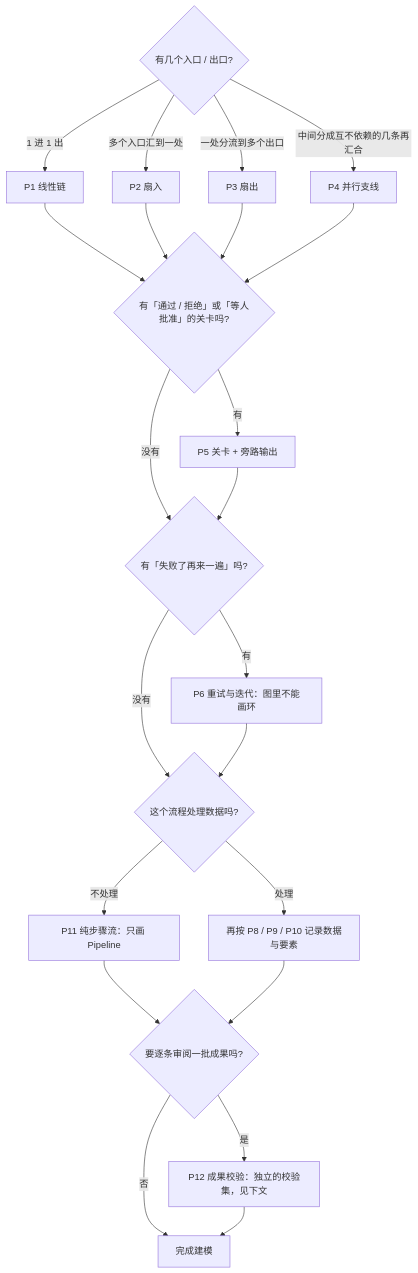
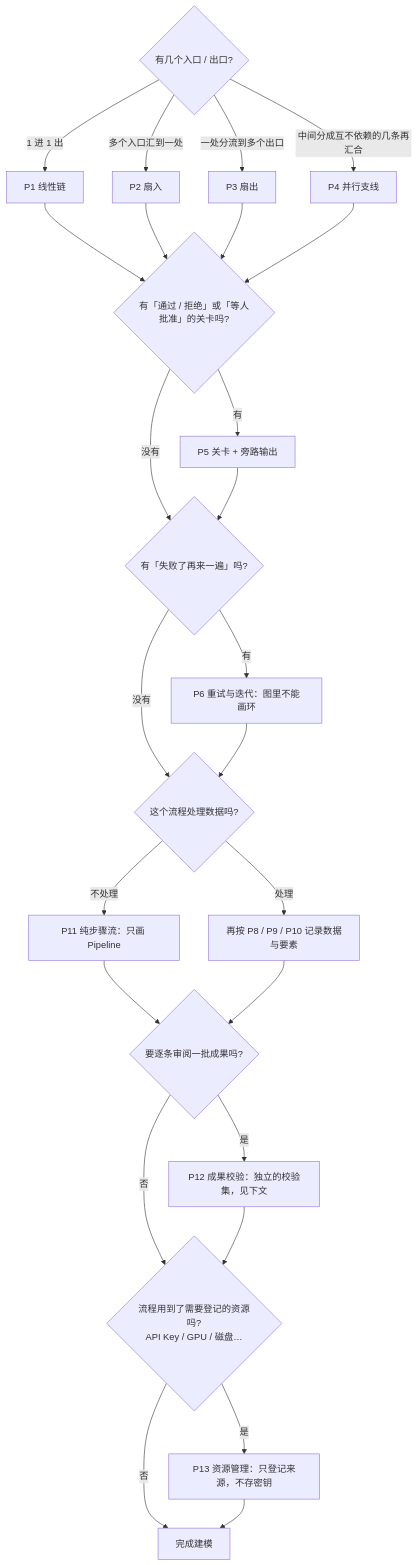
One commit to StevenHuang233/AI-record changed the first of 19 diagrams in skills/status-board/references/patterns.md. Above: the diagram before and after it, drawn with Mermaid. The commit also changed other lines of this file and 16 other files, not shown here.

Commit message:
feat: 资源管理模块（API Key / GPU / CPU / 磁盘 / 服务；密钥只登记来源、多层防泄露；本机探测；分配与健康判断）、第六个范例 resource-pool

````diff
--- a/skills/status-board/references/patterns.md
+++ b/skills/status-board/references/patterns.md
@@ -8,26 +8,29 @@
 ```mermaid
 flowchart TD
     Q1{"有几个入口 / 出口?"}
     Q1 -->|"1 进 1 出"| P1["P1 线性链"]
     Q1 -->|"多个入口汇到一处"| P2["P2 扇入"]
     Q1 -->|"一处分流到多个出口"| P3["P3 扇出"]
     Q1 -->|"中间分成互不依赖的几条再汇合"| P4["P4 并行支线"]
     Q2{"有「通过 / 拒绝」或「等人批准」的关卡吗?"}
     P1 --> Q2
     P2 --> Q2
     P3 --> Q2
     P4 --> Q2
     Q2 -->|"有"| P5["P5 关卡 + 旁路输出"]
     Q2 -->|"没有"| Q3{"有「失败了再来一遍」吗?"}
     P5 --> Q3
     Q3 -->|"有"| P6["P6 重试与迭代：图里不能画环"]
     Q3 -->|"没有"| Q4{"这个流程处理数据吗?"}
     P6 --> Q4
     Q4 -->|"不处理"| P11["P11 纯步骤流：只画 Pipeline"]
     Q4 -->|"处理"| P8["再按 P8 / P9 / P10 记录数据与要素"]
     P11 --> Q5{"要逐条审阅一批成果吗?"}
     P8 --> Q5
     Q5 -->|"是"| P12["P12 成果校验：独立的校验集，见下文"]
-    Q5 -->|"否"| END["完成建模"]
-    P12 --> END
+    Q5 -->|"否"| Q6
+    P12 --> Q6{"流程用到了需要登记的资源吗?<br/>API Key / GPU / 磁盘…"}
+    Q6 -->|"是"| P13["P13 资源管理：只登记来源，不存密钥"]
+    Q6 -->|"否"| END["完成建模"]
+    P13 --> END
 ```
````
